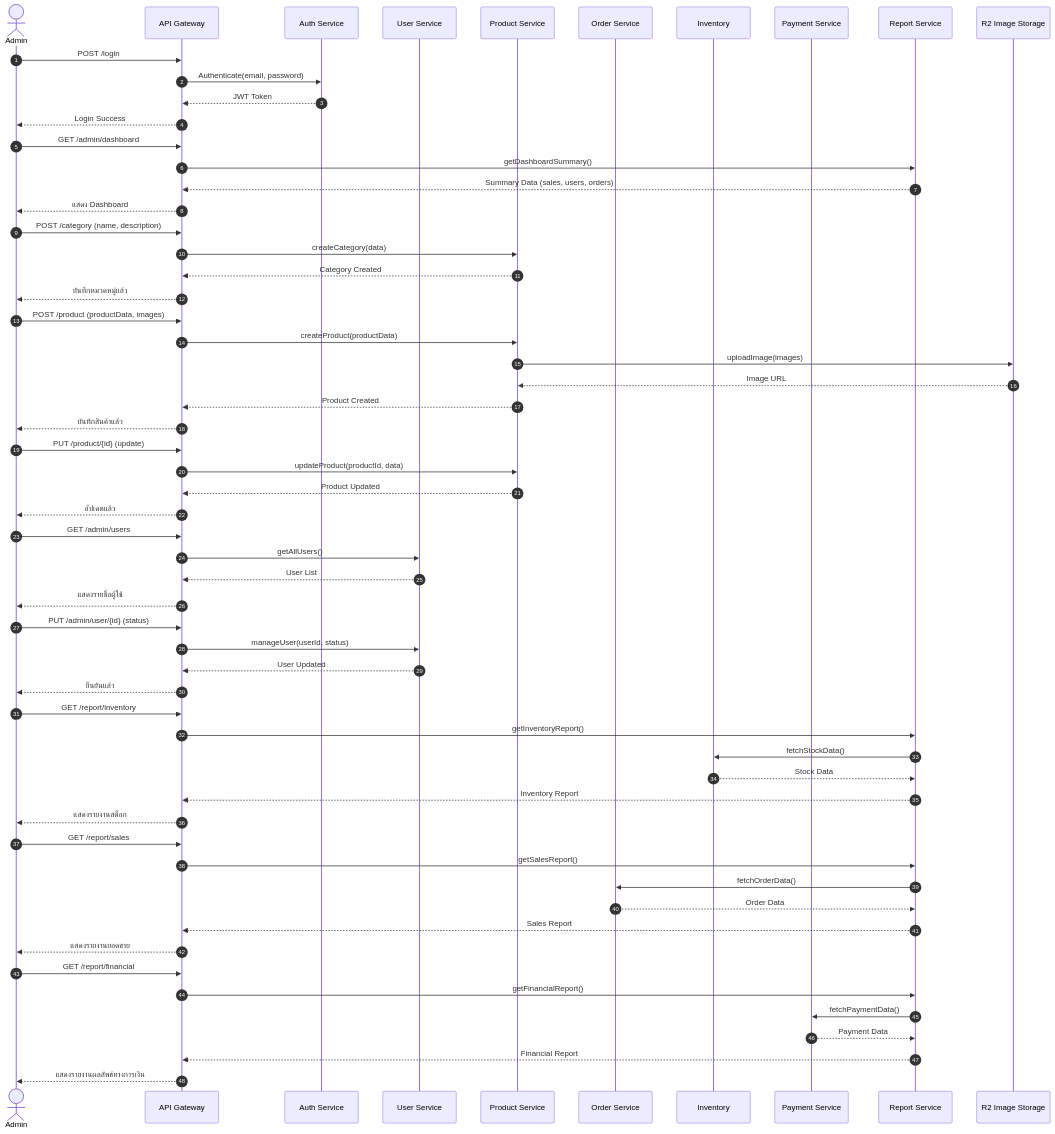
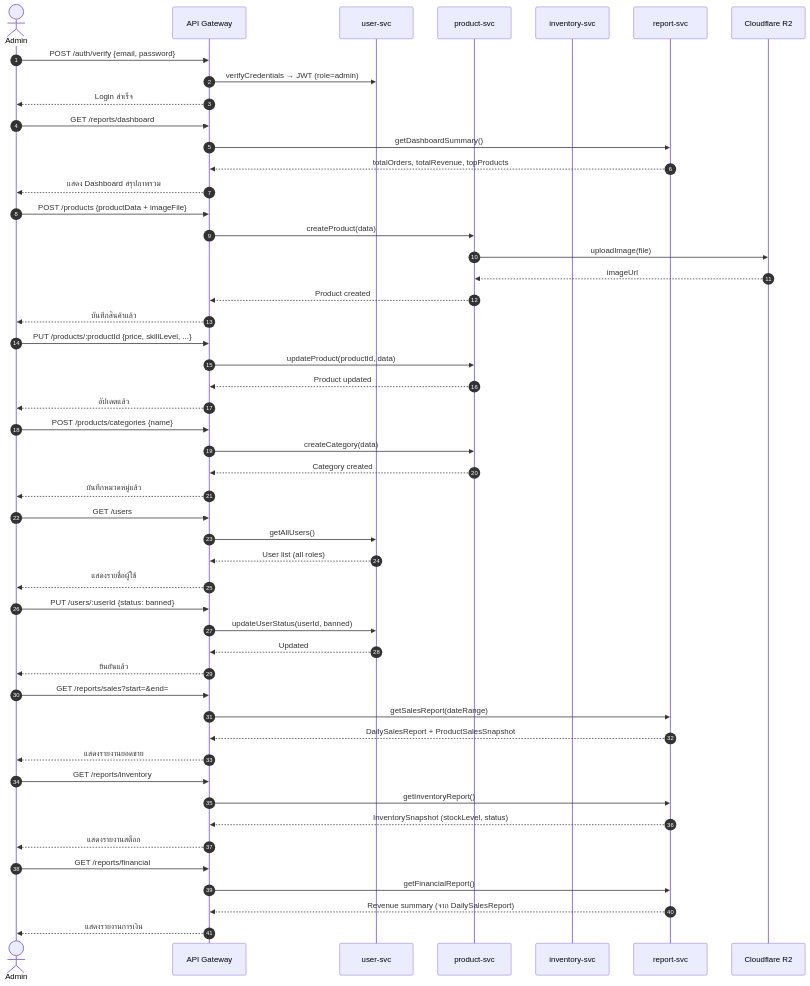
One commit to csi204/musicgear changed the fifth of 6 diagrams in README.md. Above: the diagram before and after it, drawn with Mermaid. The commit also changed other lines of this file, not shown here.

First line of the commit message:
docs: update System Architecture, Sequence Diagrams, Data Schema and UAT to match dev branch implementation

````diff
--- a/README.md
+++ b/README.md
@@ -917,80 +934,71 @@
 ```mermaid
 sequenceDiagram
     autonumber
     actor A as Admin
     participant GW as API Gateway
-    participant Auth as Auth Service
-    participant US as User Service
-    participant PS as Product Service
-    participant OS as Order Service
-    participant Inv as Inventory
-    participant Pay as Payment Service
-    participant Rep as Report Service
-    participant R2 as R2 Image Storage
+    participant US as user-svc
+    participant PS as product-svc
+    participant InvS as inventory-svc
+    participant Rep as report-svc
+    participant R2 as Cloudflare R2
 
     %% Login
-    A->>GW: POST /login
-    GW->>Auth: Authenticate(email, password)
-    Auth-->>GW: JWT Token
-    GW-->>A: Login Success
+    A->>GW: POST /auth/verify  {email, password}
+    GW->>US: verifyCredentials → JWT (role=admin)
+    GW-->>A: Login สำเร็จ
 
-    %% View Dashboard
-    A->>GW: GET /admin/dashboard
+    %% Admin Dashboard
+    A->>GW: GET /reports/dashboard
     GW->>Rep: getDashboardSummary()
-    Rep-->>GW: Summary Data (sales, users, orders)
-    GW-->>A: แสดง Dashboard
+    Rep-->>GW: totalOrders, totalRevenue, topProducts
+    GW-->>A: แสดง Dashboard สรุปภาพรวม
 
-    %% Manage Category
-    A->>GW: POST /category (name, description)
+    %% Manage Product — Create
+    A->>GW: POST /products  {productData + imageFile}
+    GW->>PS: createProduct(data)
+    PS->>R2: uploadImage(file)
+    R2-->>PS: imageUrl
+    PS-->>GW: Product created
+    GW-->>A: บันทึกสินค้าแล้ว
+
+    %% Manage Product — Edit (รวม skillLevel)
+    A->>GW: PUT /products/:productId  {price, skillLevel, ...}
+    GW->>PS: updateProduct(productId, data)
+    PS-->>GW: Product updated
+    GW-->>A: อัปเดตแล้ว
+
+    %% Manage Category / Brand
+    A->>GW: POST /products/categories  {name}
     GW->>PS: createCategory(data)
-    PS-->>GW: Category Created
+    PS-->>GW: Category created
     GW-->>A: บันทึกหมวดหมู่แล้ว
 
-    %% Manage Product
-    A->>GW: POST /product (productData, images)
-    GW->>PS: createProduct(productData)
-    PS->>R2: uploadImage(images)
-    R2-->>PS: Image URL
-    PS-->>GW: Product Created
-    GW-->>A: บันทึกสินค้าแล้ว
-
-    A->>GW: PUT /product/{id} (update)
-    GW->>PS: updateProduct(productId, data)
-    PS-->>GW: Product Updated
-    GW-->>A: อัปเดตแล้ว
-
-    %% Manage User
-    A->>GW: GET /admin/users
+    %% Manage Users
+    A->>GW: GET /users
     GW->>US: getAllUsers()
-    US-->>GW: User List
+    US-->>GW: User list (all roles)
     GW-->>A: แสดงรายชื่อผู้ใช้
 
-    A->>GW: PUT /admin/user/{id} (status)
-    GW->>US: manageUser(userId, status)
-    US-->>GW: User Updated
+    A->>GW: PUT /users/:userId  {status: banned}
+    GW->>US: updateUserStatus(userId, banned)
+    US-->>GW: Updated
     GW-->>A: ยืนยันแล้ว
 
+    %% Sales Report
+    A->>GW: GET /reports/sales?start=&end=
+    GW->>Rep: getSalesReport(dateRange)
+    Rep-->>GW: DailySalesReport + ProductSalesSnapshot
+    GW-->>A: แสดงรายงานยอดขาย
+
     %% Inventory Report
-    A->>GW: GET /report/inventory
+    A->>GW: GET /reports/inventory
     GW->>Rep: getInventoryReport()
-    Rep->>Inv: fetchStockData()
-    Inv-->>Rep: Stock Data
-    Rep-->>GW: Inventory Report
+    Rep-->>GW: InventorySnapshot (stockLevel, status)
     GW-->>A: แสดงรายงานสต็อก
 
-    %% Sales Report
-    A->>GW: GET /report/sales
-    GW->>Rep: getSalesReport()
-    Rep->>OS: fetchOrderData()
-    OS-->>Rep: Order Data
-    Rep-->>GW: Sales Report
-    GW-->>A: แสดงรายงานยอดขาย
-
-    %% Financial Results Report
-    A->>GW: GET /report/financial
+    %% Financial Report
+    A->>GW: GET /reports/financial
     GW->>Rep: getFinancialReport()
-    Rep->>Pay: fetchPaymentData()
-    Pay-->>Rep: Payment Data
-    Rep-->>GW: Financial Report
-    GW-->>A: แสดงรายงานผลลัพธ์ทางการเงิน
+    Rep-->>GW: Revenue summary (จาก DailySalesReport)
+    GW-->>A: แสดงรายงานการเงิน
 ```
````
